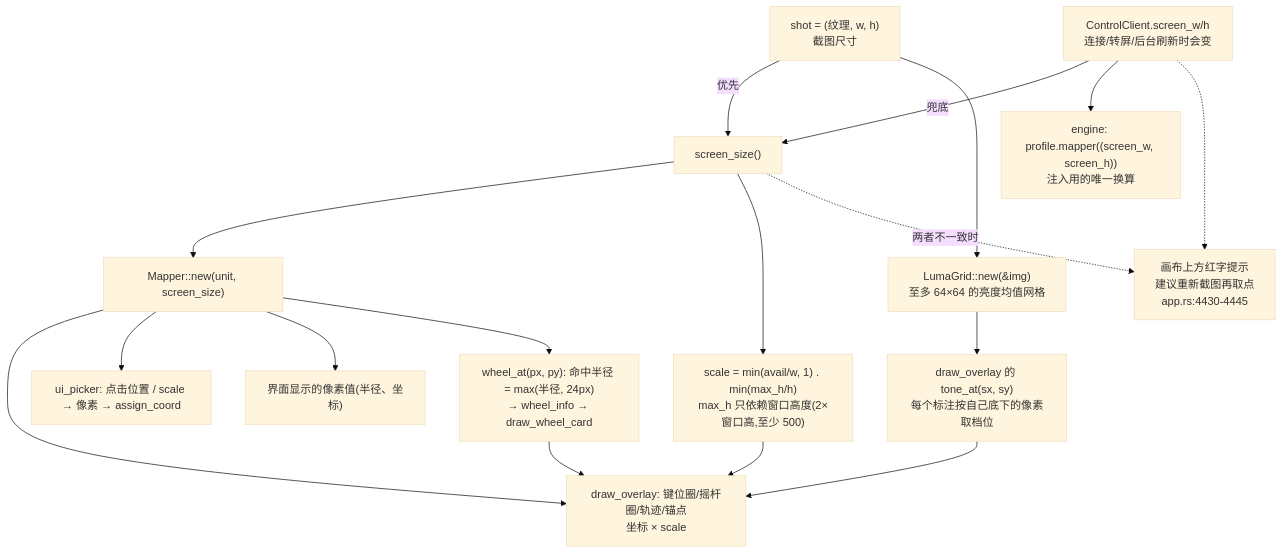
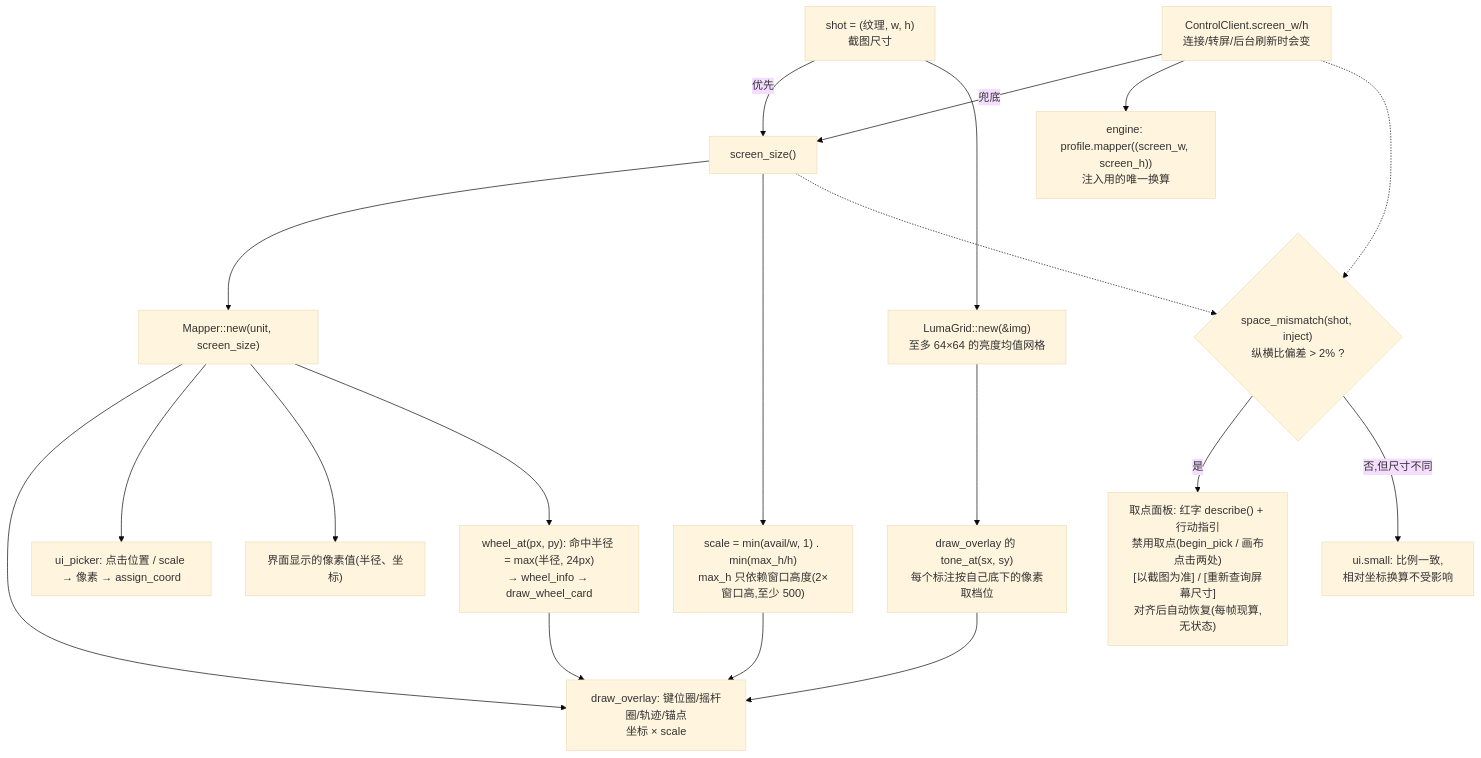
One commit to Azrl-lyh/scrcpy-pad changed the sixth of 8 diagrams in 文档/文件与执行逻辑.md. Above: the diagram before and after it, drawn with Mermaid (base theme). The commit also changed other lines of this file and 235 other files, not shown here.

````diff
--- a/文档/文件与执行逻辑.md
+++ b/文档/文件与执行逻辑.md
@@ -699,19 +721,21 @@
 ```mermaid
 flowchart TD
     SHOT["shot = (纹理, w, h)<br/>截图尺寸"] -->|"优先"| SS["screen_size()"]
     CTL["ControlClient.screen_w/h<br/>连接/转屏/后台刷新时会变"] -->|"兜底"| SS
     SS --> MAPPER["Mapper::new(unit, screen_size)"]
     MAPPER --> OV["draw_overlay: 键位圈/摇杆圈/轨迹/锚点<br/>坐标 × scale"]
     MAPPER --> PICK["ui_picker: 点击位置 / scale → 像素 → assign_coord"]
     MAPPER --> DISP["界面显示的像素值(半径、坐标)"]
     SHOT --> LUM["LumaGrid::new(&img)<br/>至多 64×64 的亮度均值网格"]
     LUM --> TONE["draw_overlay 的 tone_at(sx, sy)<br/>每个标注按自己底下的像素取档位"]
     TONE --> OV
     MAPPER --> CARD["wheel_at(px, py): 命中半径 = max(半径, 24px)<br/>→ wheel_info → draw_wheel_card"]
     CARD --> OV
     SS --> SCALE["scale = min(avail/w, 1) . min(max_h/h)<br/>max_h 只依赖窗口高度(2×窗口高,至少 500)"]
     SCALE --> OV
     CTL --> ENGINE["engine: profile.mapper((screen_w, screen_h))<br/>注入用的唯一换算"]
-    SS -.->|"两者不一致时"| WARN["画布上方红字提示<br/>建议重新截图再取点<br/>app.rs:4430-4445"]
-    CTL -.-> WARN
+    SS -.-> GUARD{"space_mismatch(shot, inject)<br/>纵横比偏差 > 2% ?"}
+    CTL -.-> GUARD
+    GUARD -->|"是"| WARN["取点面板: 红字 describe() + 行动指引<br/>禁用取点(begin_pick / 画布点击两处)<br/>[以截图为准] / [重新查询屏幕尺寸]<br/>对齐后自动恢复(每帧现算,无状态)"]
+    GUARD -->|"否,但尺寸不同"| INFO["ui.small: 比例一致,<br/>相对坐标换算不受影响"]
 ```
````
